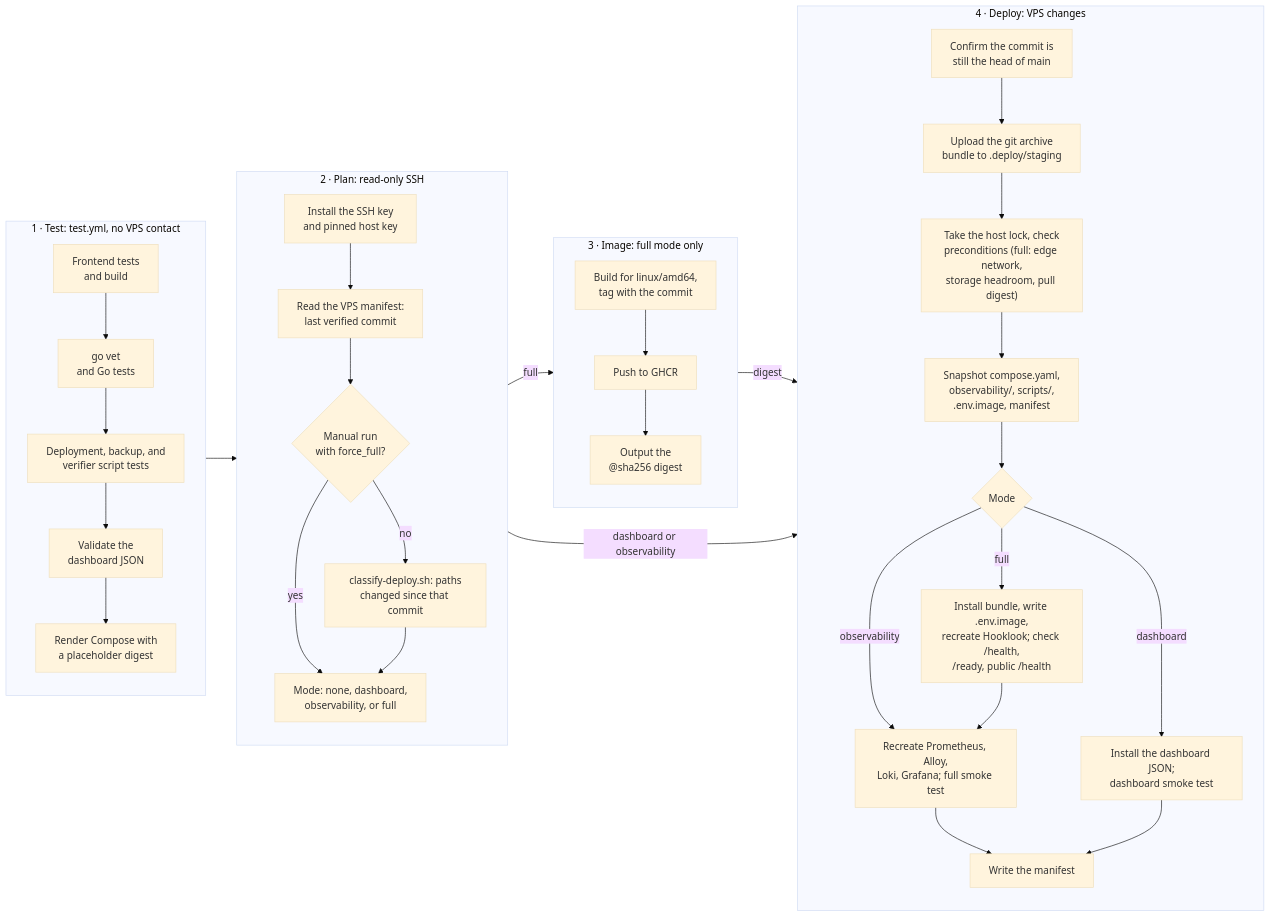
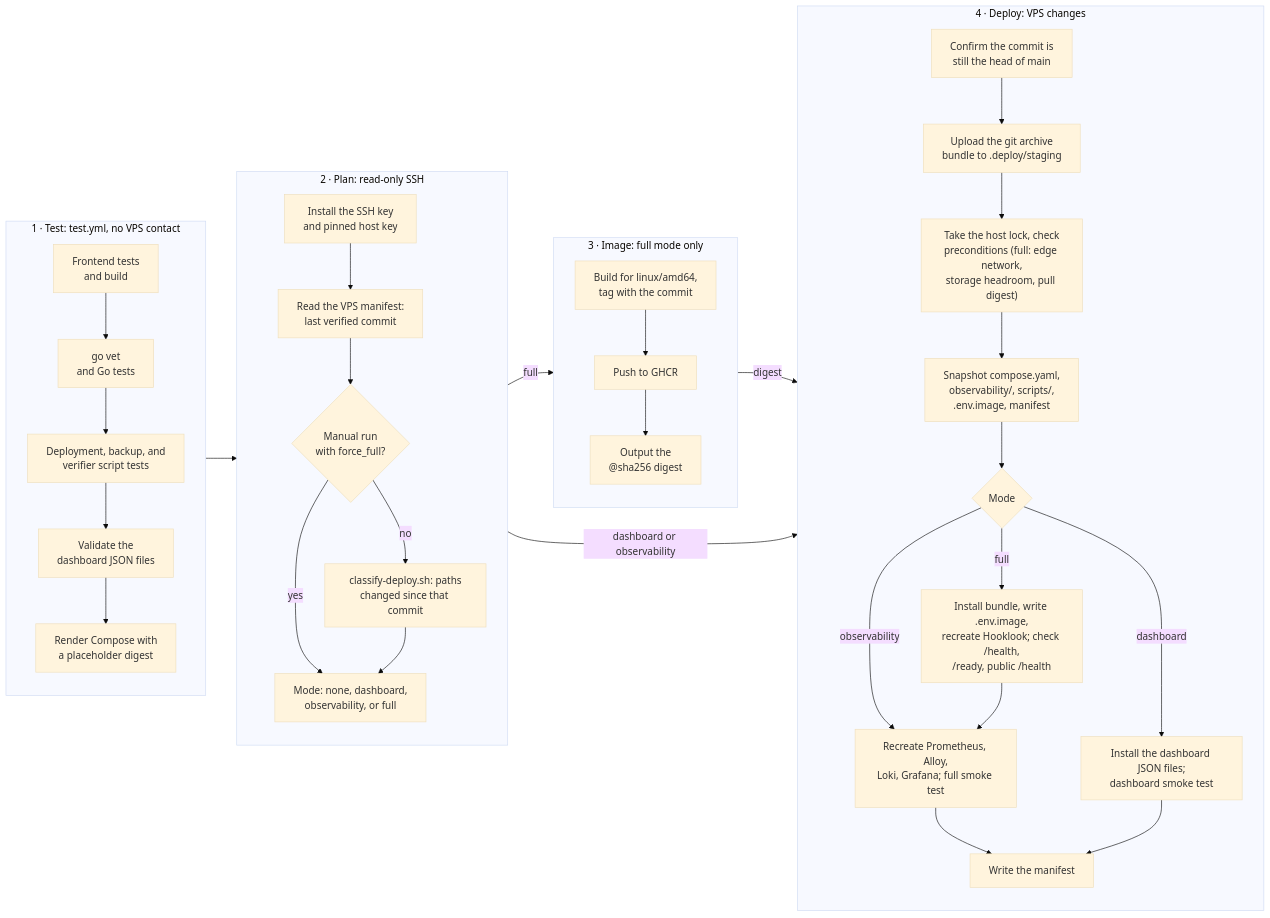
Before and after one commit to dvinubius/hooklook: the diagram in docs/deployment-runbook.md, drawn with Mermaid (base theme). The commit also changed other lines of this file and 21 other files, not shown here.

````diff
--- a/docs/deployment-runbook.md
+++ b/docs/deployment-runbook.md
@@ -22,40 +22,40 @@
 ```mermaid
 flowchart LR
   subgraph test["1 · Test: test.yml, no VPS contact"]
     direction TB
     t1["Frontend tests<br/>and build"] --> t2["go vet<br/>and Go tests"]
     t2 --> t3["Deployment, backup, and<br/>verifier script tests"]
-    t3 --> t4["Validate the<br/>dashboard JSON"]
+    t3 --> t4["Validate the<br/>dashboard JSON files"]
     t4 --> t5["Render Compose with<br/>a placeholder digest"]
   end
   subgraph plan["2 · Plan: read-only SSH"]
     direction TB
     p1["Install the SSH key<br/>and pinned host key"] --> p2["Read the VPS manifest:<br/>last verified commit"]
     p2 --> p3{"Manual run<br/>with force_full?"}
     p3 -- no --> p4["classify-deploy.sh: paths<br/>changed since that commit"]
     p3 -- yes --> p5["Mode: none, dashboard,<br/>observability, or full"]
     p4 --> p5
   end
   subgraph image["3 · Image: full mode only"]
     direction TB
     i1["Build for linux/amd64,<br/>tag with the commit"] --> i2["Push to GHCR"]
     i2 --> i3["Output the<br/>@sha256 digest"]
   end
   subgraph deploy["4 · Deploy: VPS changes"]
     direction TB
     d1["Confirm the commit is<br/>still the head of main"] --> d2["Upload the git archive<br/>bundle to .deploy/staging"]
     d2 --> d3["Take the host lock, check<br/>preconditions (full: edge network,<br/>storage headroom, pull digest)"]
     d3 --> d4["Snapshot compose.yaml,<br/>observability/, scripts/,<br/>.env.image, manifest"]
     d4 --> d5{"Mode"}
     d5 -- full --> d6["Install bundle, write .env.image,<br/>recreate Hooklook; check /health,<br/>/ready, public /health"]
     d5 -- observability --> d7["Recreate Prometheus, Alloy,<br/>Loki, Grafana; full smoke test"]
-    d5 -- dashboard --> d8["Install the dashboard JSON;<br/>dashboard smoke test"]
+    d5 -- dashboard --> d8["Install the dashboard JSON files;<br/>dashboard smoke test"]
     d6 --> d7
     d7 --> d9["Write the manifest"]
     d8 --> d9
   end
   test --> plan
   plan -- "full" --> image
   image -- digest --> deploy
   plan -- "dashboard or observability" --> deploy
 ```
````
